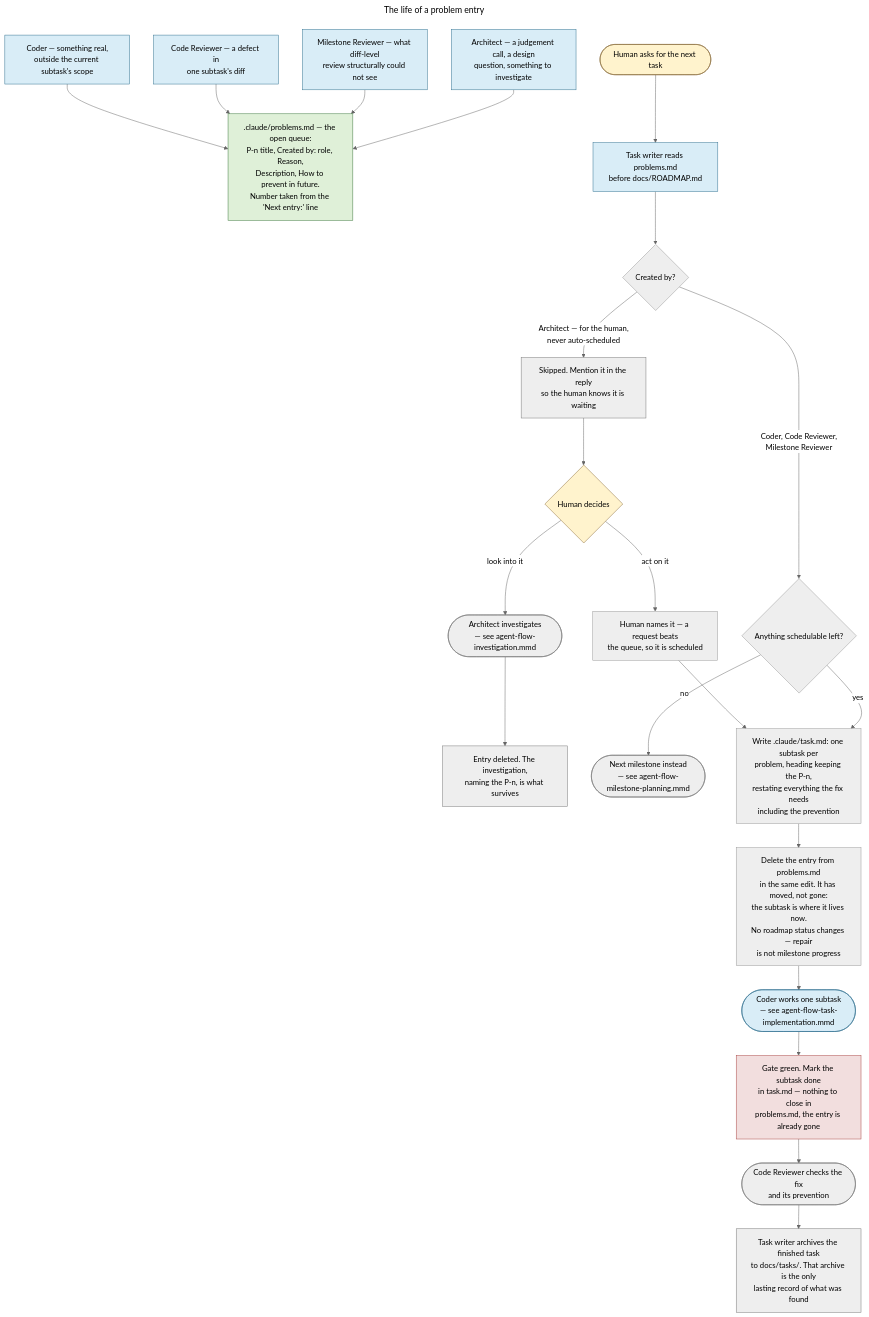
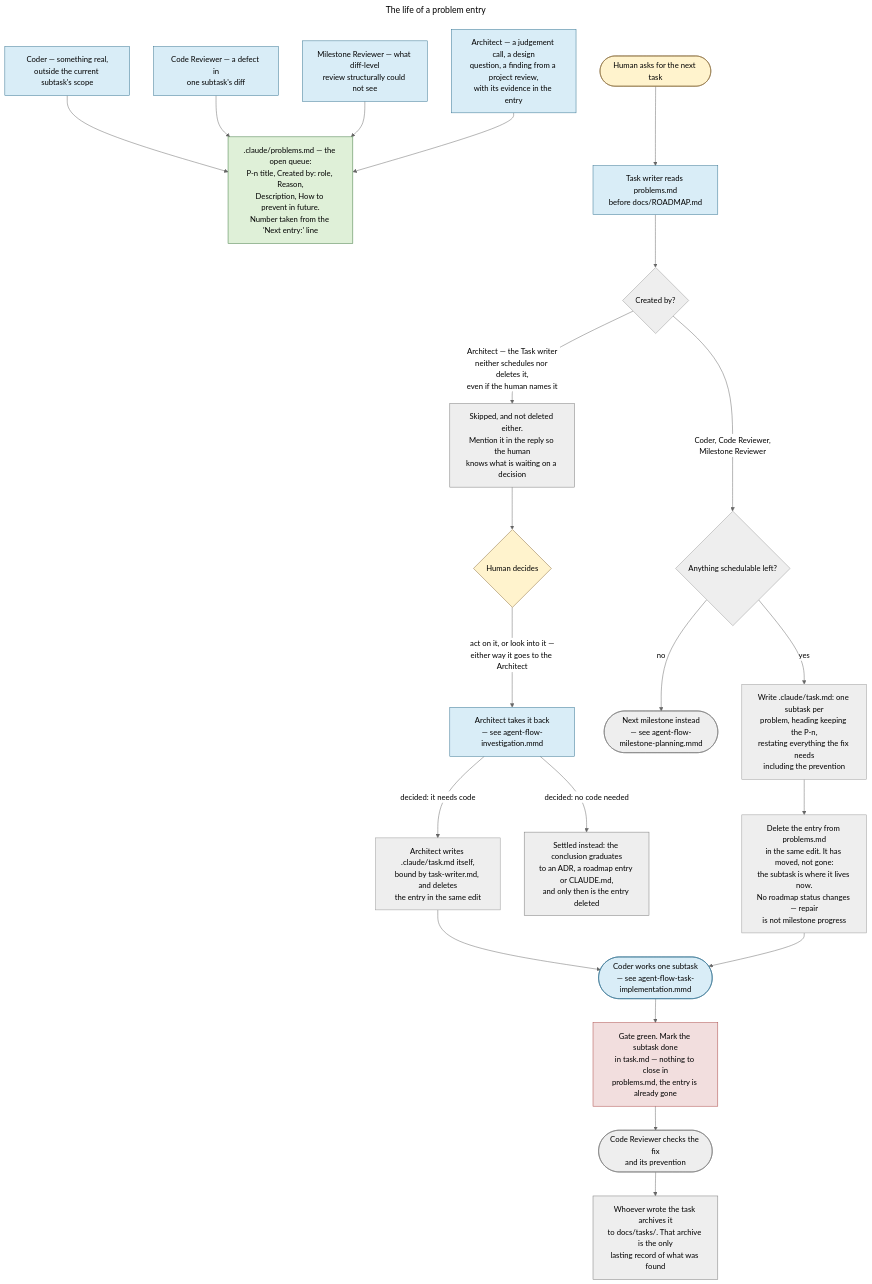
Before and after one commit to Dmitriy-G/simple_rdbms: the diagram in docs/diagrams/agent-flow-problem-lifecycle.mmd, drawn with Mermaid (neutral theme). The commit also changed 10 other files, not shown here.

Commit message:
Change agents flow

```diff
--- a/docs/diagrams/agent-flow-problem-lifecycle.mmd
+++ b/docs/diagrams/agent-flow-problem-lifecycle.mmd
@@ -1,50 +1,51 @@
 ---
 title: The life of a problem entry
 ---
 flowchart TD
     classDef human fill:#fff3cd,stroke:#8a6d3b,color:#000
     classDef role fill:#d9edf7,stroke:#31708f,color:#000
     classDef channel fill:#dff0d8,stroke:#3c763d,color:#000
     classDef gate fill:#f2dede,stroke:#a94442,color:#000
     classDef stop fill:#eeeeee,stroke:#777,color:#000
 
     SRC1["Coder — something real,<br/>outside the current subtask's scope"]:::role
     SRC2["Code Reviewer — a defect in<br/>one subtask's diff"]:::role
     SRC3["Milestone Reviewer — what diff-level<br/>review structurally could not see"]:::role
-    SRC4["Architect — a judgement call, a design<br/>question, something to investigate"]:::role
+    SRC4["Architect — a judgement call, a design<br/>question, a finding from a project review,<br/>with its evidence in the entry"]:::role
 
     PROB[".claude/problems.md — the open queue:<br/>P-n title, Created by: role, Reason,<br/>Description, How to prevent in future.<br/>Number taken from the 'Next entry:' line"]:::channel
 
     NEXT(["Human asks for the next task"]):::human
     TW["Task writer reads problems.md<br/>before docs/ROADMAP.md"]:::role
     WHO{"Created by?"}
 
-    SKIP["Skipped. Mention it in the reply<br/>so the human knows it is waiting"]:::stop
+    SKIP["Skipped, and not deleted either.<br/>Mention it in the reply so the human<br/>knows what is waiting on a decision"]:::stop
     HUMANCALL{"Human decides"}:::human
-    NAMED["Human names it — a request beats<br/>the queue, so it is scheduled"]
-    ARCHINV(["Architect investigates<br/>— see agent-flow-investigation.mmd"]):::stop
-    DELINV["Entry deleted. The investigation,<br/>naming the P-n, is what survives"]:::stop
+    ARCHINV["Architect takes it back<br/>— see agent-flow-investigation.mmd"]:::role
+    ARCHTASK["Architect writes .claude/task.md itself,<br/>bound by task-writer.md, and deletes<br/>the entry in the same edit"]
+    DELINV["Settled instead: the conclusion graduates<br/>to an ADR, a roadmap entry or CLAUDE.md,<br/>and only then is the entry deleted"]:::stop
 
     ANYOPEN{"Anything schedulable left?"}
     MILESTONE(["Next milestone instead<br/>— see agent-flow-milestone-planning.mmd"]):::stop
 
     TASK["Write .claude/task.md: one subtask per<br/>problem, heading keeping the P-n,<br/>restating everything the fix needs<br/>including the prevention"]
     CONSUME["Delete the entry from problems.md<br/>in the same edit. It has moved, not gone:<br/>the subtask is where it lives now.<br/>No roadmap status changes — repair<br/>is not milestone progress"]
 
     CODER(["Coder works one subtask<br/>— see agent-flow-task-implementation.mmd"]):::role
     GATE["Gate green. Mark the subtask done<br/>in task.md — nothing to close in<br/>problems.md, the entry is already gone"]:::gate
     CR(["Code Reviewer checks the fix<br/>and its prevention"]):::stop
-    ARCHIVE["Task writer archives the finished task<br/>to docs/tasks/. That archive is the only<br/>lasting record of what was found"]:::stop
+    ARCHIVE["Whoever wrote the task archives it<br/>to docs/tasks/. That archive is the only<br/>lasting record of what was found"]:::stop
 
     SRC1 --> PROB
     SRC2 --> PROB
     SRC3 --> PROB
     SRC4 --> PROB
 
     NEXT --> TW --> WHO
-    WHO -- "Architect — for the human,<br/>never auto-scheduled" --> SKIP --> HUMANCALL
-    HUMANCALL -- "act on it" --> NAMED --> TASK
-    HUMANCALL -- "look into it" --> ARCHINV --> DELINV
+    WHO -- "Architect — the Task writer<br/>neither schedules nor deletes it,<br/>even if the human names it" --> SKIP --> HUMANCALL
+    HUMANCALL -- "act on it, or look into it —<br/>either way it goes to the Architect" --> ARCHINV
+    ARCHINV -- "decided: it needs code" --> ARCHTASK --> CODER
+    ARCHINV -- "decided: no code needed" --> DELINV
     WHO -- "Coder, Code Reviewer,<br/>Milestone Reviewer" --> ANYOPEN
     ANYOPEN -- no --> MILESTONE
     ANYOPEN -- yes --> TASK --> CONSUME --> CODER --> GATE --> CR --> ARCHIVE
```
